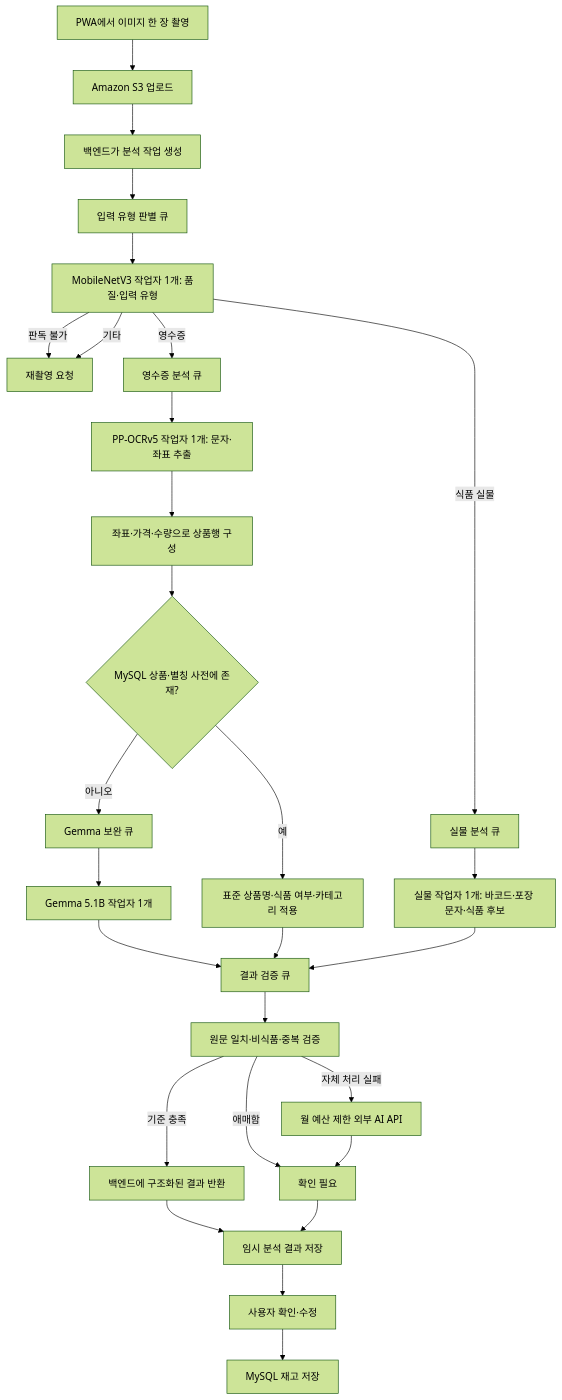
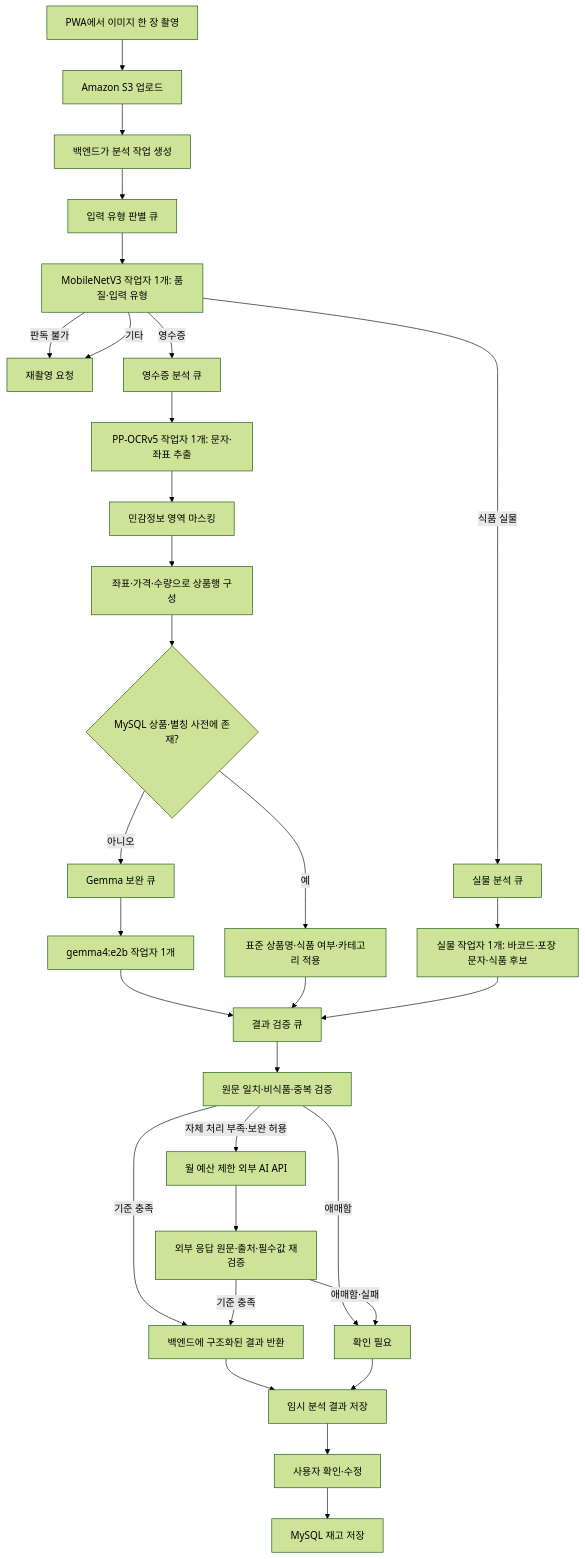
One commit to 100-hours-a-week/KTB4-5th-AI changed the first of 2 diagrams in model_optimization.md. Above: the diagram before and after it, drawn with Mermaid (forest theme). The commit also changed other lines of this file, not shown here.

````diff
--- a/model_optimization.md
+++ b/model_optimization.md
@@ -83,30 +83,33 @@
 ```mermaid
 flowchart TD
     PWA[PWA에서 이미지 한 장 촬영] --> S3[Amazon S3 업로드]
     S3 --> API[백엔드가 분석 작업 생성]
     API --> TQ[입력 유형 판별 큐]
     TQ --> QUALITY[MobileNetV3 작업자 1개: 품질·입력 유형]
     QUALITY -- 판독 불가 --> RETAKE[재촬영 요청]
     QUALITY -- 기타 --> RETAKE
     QUALITY -- 영수증 --> RQ[영수증 분석 큐]
     QUALITY -- 식품 실물 --> PQ[실물 분석 큐]
     RQ --> OCR[PP-OCRv5 작업자 1개: 문자·좌표 추출]
     PQ --> PRODUCT[실물 작업자 1개: 바코드·포장 문자·식품 후보]
-    OCR --> ROW[좌표·가격·수량으로 상품행 구성]
+    OCR --> MASK[민감정보 영역 마스킹]
+    MASK --> ROW[좌표·가격·수량으로 상품행 구성]
     ROW --> DB{MySQL 상품·별칭 사전에 존재?}
     DB -- 예 --> KNOWN[표준 상품명·식품 여부·카테고리 적용]
     DB -- 아니오 --> GQ[Gemma 보완 큐]
-    GQ --> GEMMA[Gemma 5.1B 작업자 1개]
+    GQ --> GEMMA[gemma4:e2b 작업자 1개]
     GEMMA --> VQ[결과 검증 큐]
     KNOWN --> VQ
     PRODUCT --> VQ
     VQ --> CHECK[원문 일치·비식품·중복 검증]
     CHECK -- 기준 충족 --> RESULT[백엔드에 구조화된 결과 반환]
     CHECK -- 애매함 --> REVIEW[확인 필요]
-    CHECK -- 자체 처리 실패 --> EXTERNAL[월 예산 제한 외부 AI API]
-    EXTERNAL --> REVIEW
+    CHECK -- 자체 처리 부족·보완 허용 --> EXTERNAL[월 예산 제한 외부 AI API]
+    EXTERNAL --> RECHECK[외부 응답 원문·출처·필수값 재검증]
+    RECHECK -- 기준 충족 --> RESULT
+    RECHECK -- 애매함·실패 --> REVIEW
     RESULT --> TEMP[임시 분석 결과 저장]
     REVIEW --> TEMP
     TEMP --> USER[사용자 확인·수정]
     USER --> MYSQL[MySQL 재고 저장]
 ```
````
